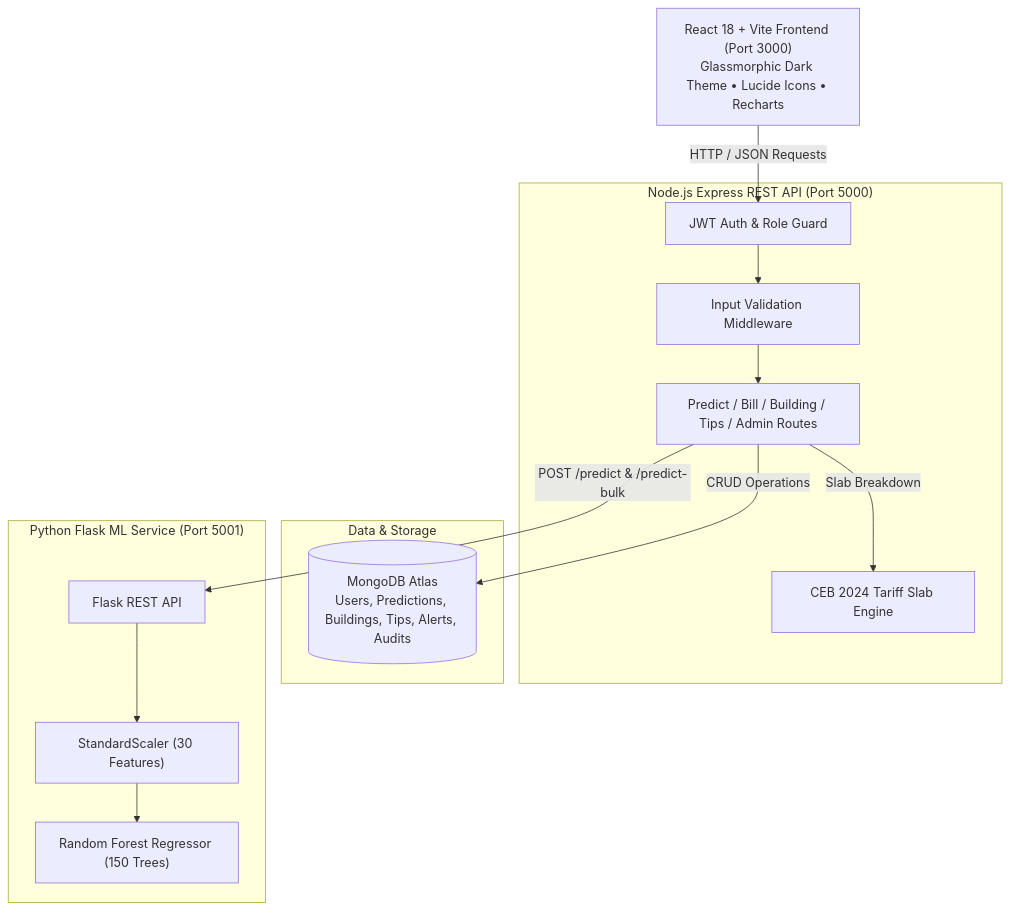
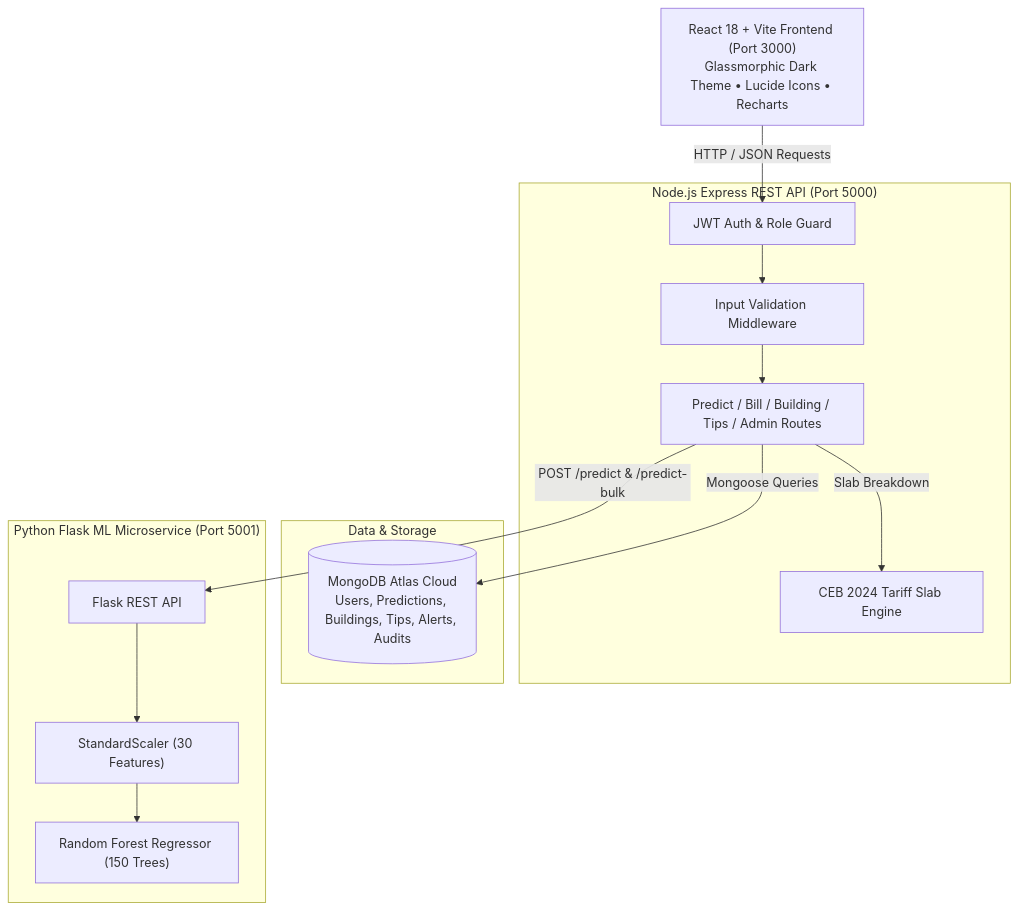
The first of 8 diagrams in README.md (ayodyase/wattwise), drawn with Mermaid before and after one commit. The commit also changed other lines of this file, not shown here.

First line of the commit message:
docs: add complete UML diagrams (Architecture, Use Case, Class, Sequence, Decision, and Deployment) to README

````diff
--- a/README.md
+++ b/README.md
@@ -16,30 +18,30 @@
 ```mermaid
 graph TD
     Client["React 18 + Vite Frontend (Port 3000)<br/>Glassmorphic Dark Theme • Lucide Icons • Recharts"]
     
     subgraph Backend_Layer ["Node.js Express REST API (Port 5000)"]
         AuthMiddleware["JWT Auth & Role Guard"]
         ValidateMiddleware["Input Validation Middleware"]
         CEBEngine["CEB 2024 Tariff Slab Engine"]
         Controllers["Predict / Bill / Building / Tips / Admin Routes"]
     end
     
     subgraph Data_Layer ["Data & Storage"]
-        MongoDB[("MongoDB Atlas<br/>Users, Predictions, Buildings, Tips, Alerts, Audits")]
+        MongoDB[("MongoDB Atlas Cloud<br/>Users, Predictions, Buildings, Tips, Alerts, Audits")]
     end
 
-    subgraph ML_Microservice ["Python Flask ML Service (Port 5001)"]
+    subgraph ML_Microservice ["Python Flask ML Microservice (Port 5001)"]
         FlaskAPI["Flask REST API"]
         RFModel["Random Forest Regressor (150 Trees)"]
         Scaler["StandardScaler (30 Features)"]
     end
 
     Client -->|HTTP / JSON Requests| AuthMiddleware
     AuthMiddleware --> ValidateMiddleware
     ValidateMiddleware --> Controllers
-    Controllers -->|CRUD Operations| MongoDB
+    Controllers -->|Mongoose Queries| MongoDB
     Controllers -->|Slab Breakdown| CEBEngine
     Controllers -->|POST /predict & /predict-bulk| FlaskAPI
     FlaskAPI --> Scaler
     Scaler --> RFModel
 ```
````
